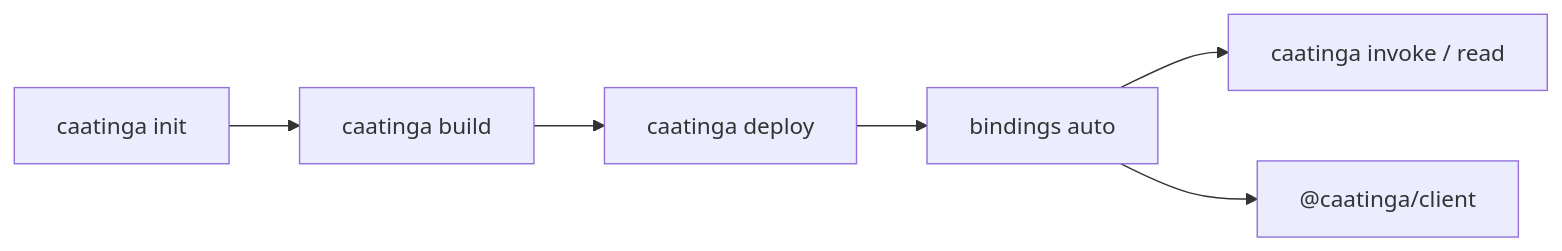
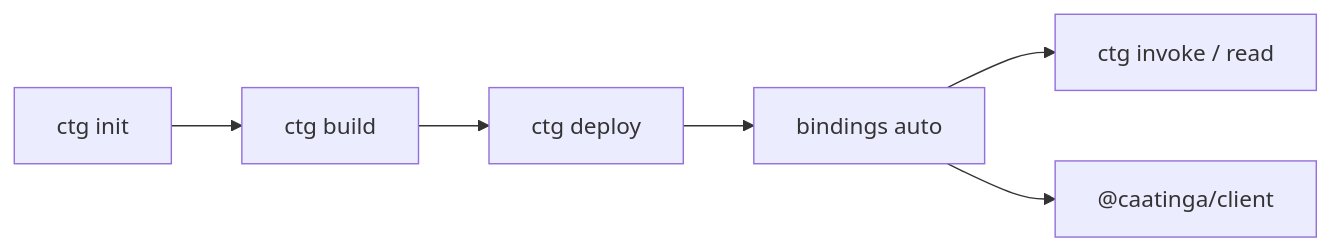
One commit to Dione-b/caatinga changed the diagram in docs/for-llms.md. Above: the diagram before and after it, drawn with Mermaid. The commit also changed other lines of this file and 142 other files, not shown here.

````diff
--- a/docs/for-llms.md
+++ b/docs/for-llms.md
@@ -38,8 +38,8 @@
 ```mermaid
 flowchart LR
-  init["caatinga init"] --> build["caatinga build"]
-  build --> deploy["caatinga deploy"]
+  init["ctg init"] --> build["ctg build"]
+  build --> deploy["ctg deploy"]
   deploy --> generate["bindings auto"]
-  generate --> invoke["caatinga invoke / read"]
+  generate --> invoke["ctg invoke / read"]
   generate --> client["@caatinga/client"]
 ```
````
